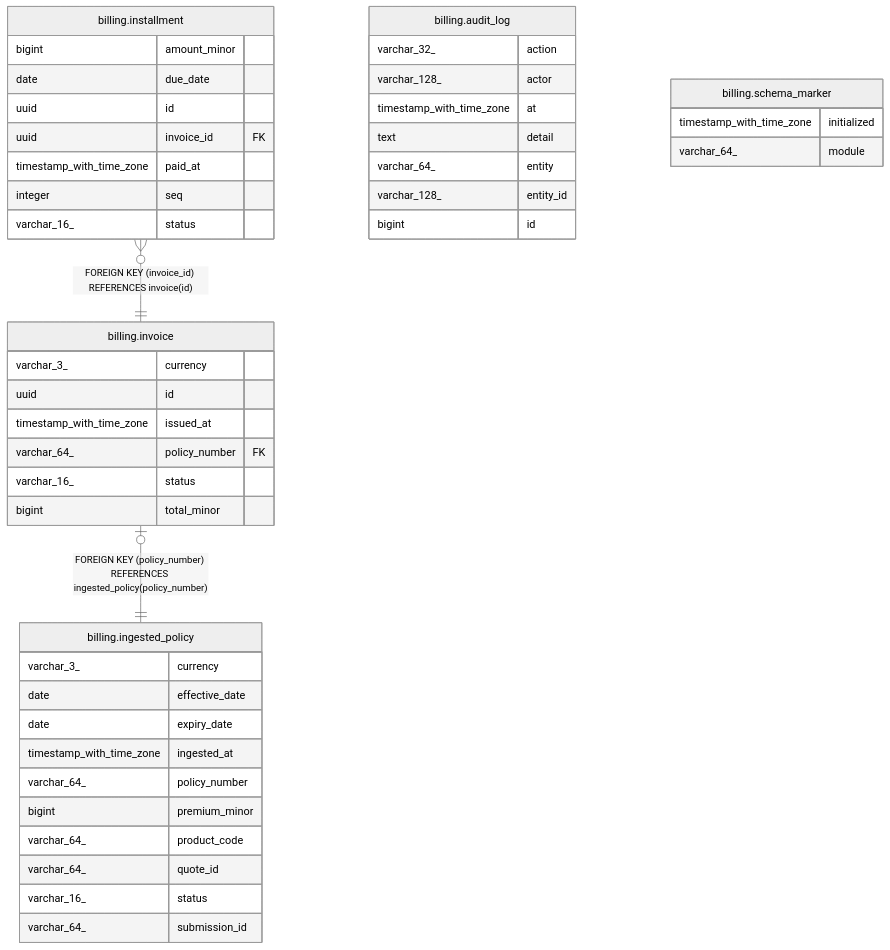
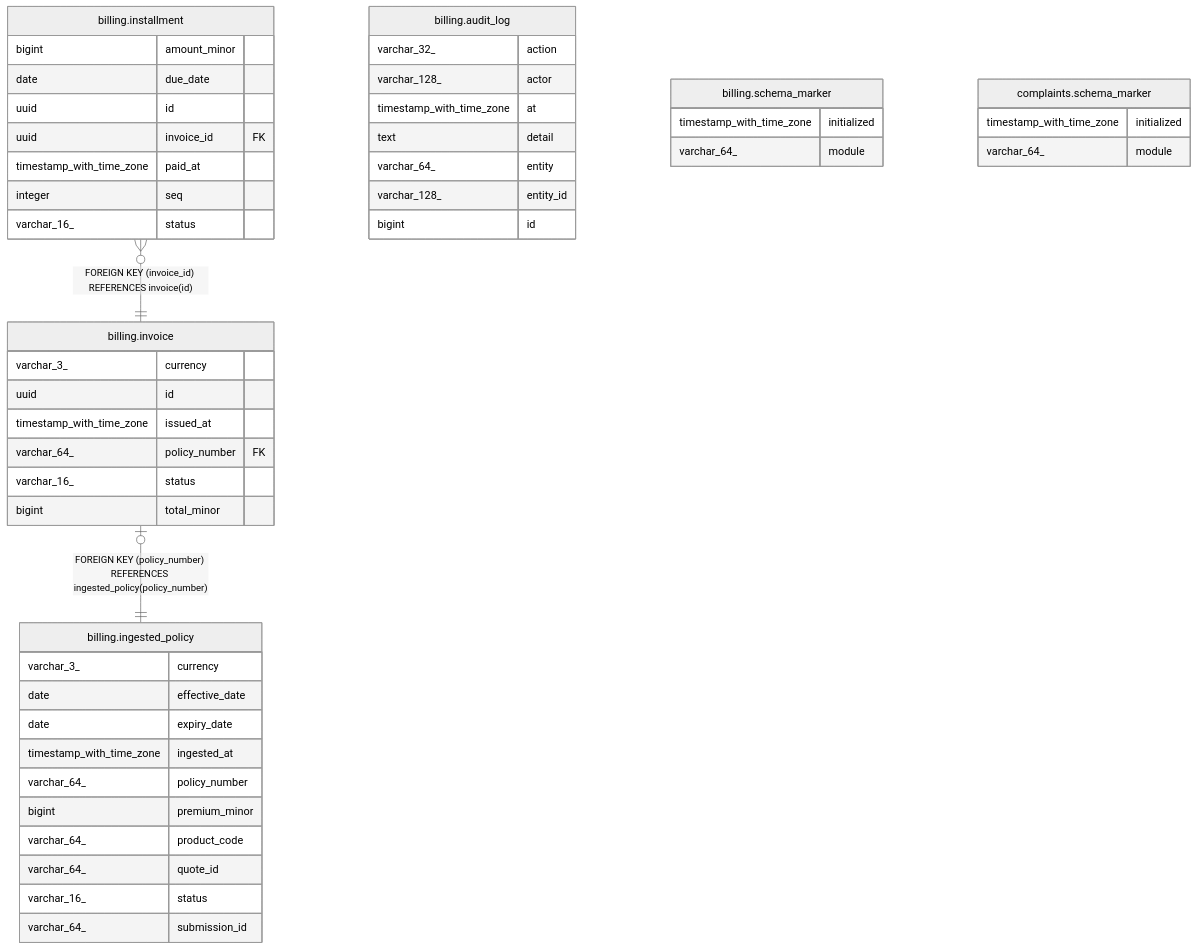
One commit to andrelair-platform/ktayl-core changed the diagram in docs/data-model/README.md. Above: the diagram before and after it, drawn with Mermaid (neutral theme). The commit also changed other lines of this file and 5 other files, not shown here.

First line of the commit message:
feat(complaints): CMPL-010 — module skeleton + owned schema + boundary guard (#27)

````diff
--- a/docs/data-model/README.md
+++ b/docs/data-model/README.md
@@ -15,49 +16,53 @@
 ```mermaid
 erDiagram
 
 "billing.installment" }o--|| "billing.invoice" : "FOREIGN KEY (invoice_id) REFERENCES invoice(id)"
 "billing.invoice" |o--|| "billing.ingested_policy" : "FOREIGN KEY (policy_number) REFERENCES ingested_policy(policy_number)"
 
 "billing.audit_log" {
   varchar_32_ action
   varchar_128_ actor
   timestamp_with_time_zone at
   text detail
   varchar_64_ entity
   varchar_128_ entity_id
   bigint id
 }
 "billing.ingested_policy" {
   varchar_3_ currency
   date effective_date
   date expiry_date
   timestamp_with_time_zone ingested_at
   varchar_64_ policy_number
   bigint premium_minor
   varchar_64_ product_code
   varchar_64_ quote_id
   varchar_16_ status
   varchar_64_ submission_id
 }
 "billing.installment" {
   bigint amount_minor
   date due_date
   uuid id
   uuid invoice_id FK
   timestamp_with_time_zone paid_at
   integer seq
   varchar_16_ status
 }
 "billing.invoice" {
   varchar_3_ currency
   uuid id
   timestamp_with_time_zone issued_at
   varchar_64_ policy_number FK
   varchar_16_ status
   bigint total_minor
 }
 "billing.schema_marker" {
   timestamp_with_time_zone initialized
   varchar_64_ module
 }
+"complaints.schema_marker" {
+  timestamp_with_time_zone initialized
+  varchar_64_ module
+}
 ```
````
